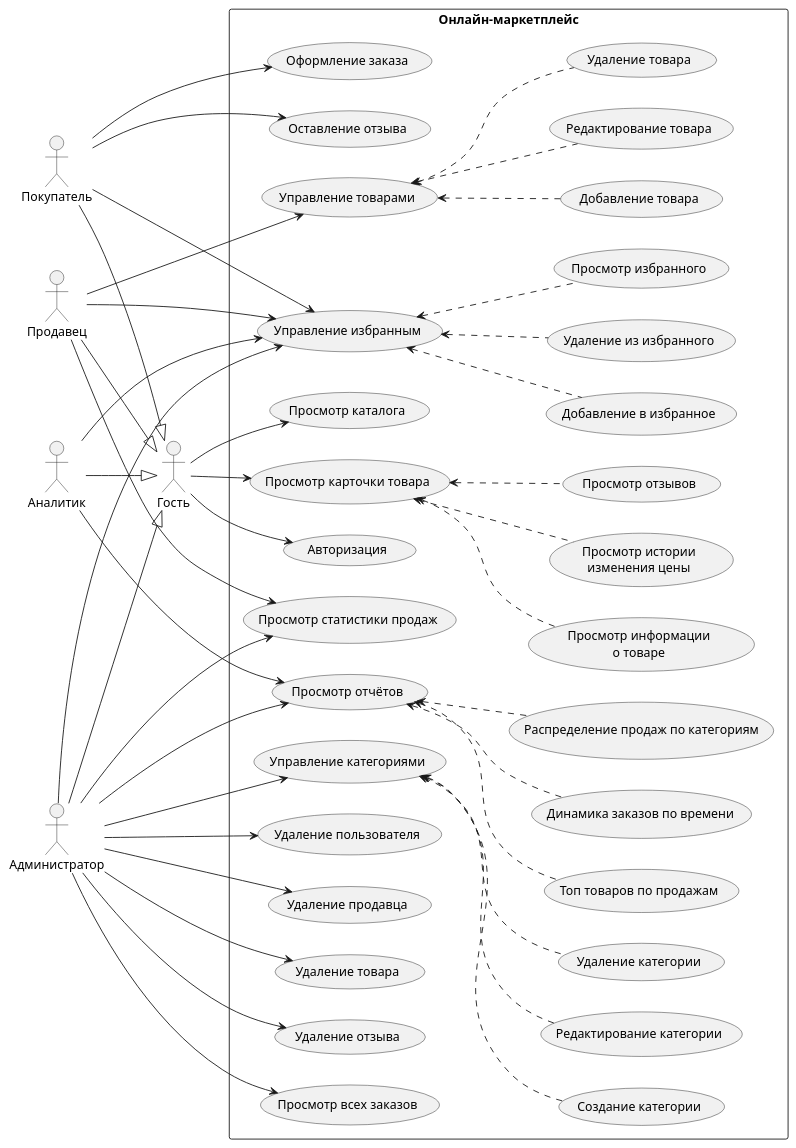
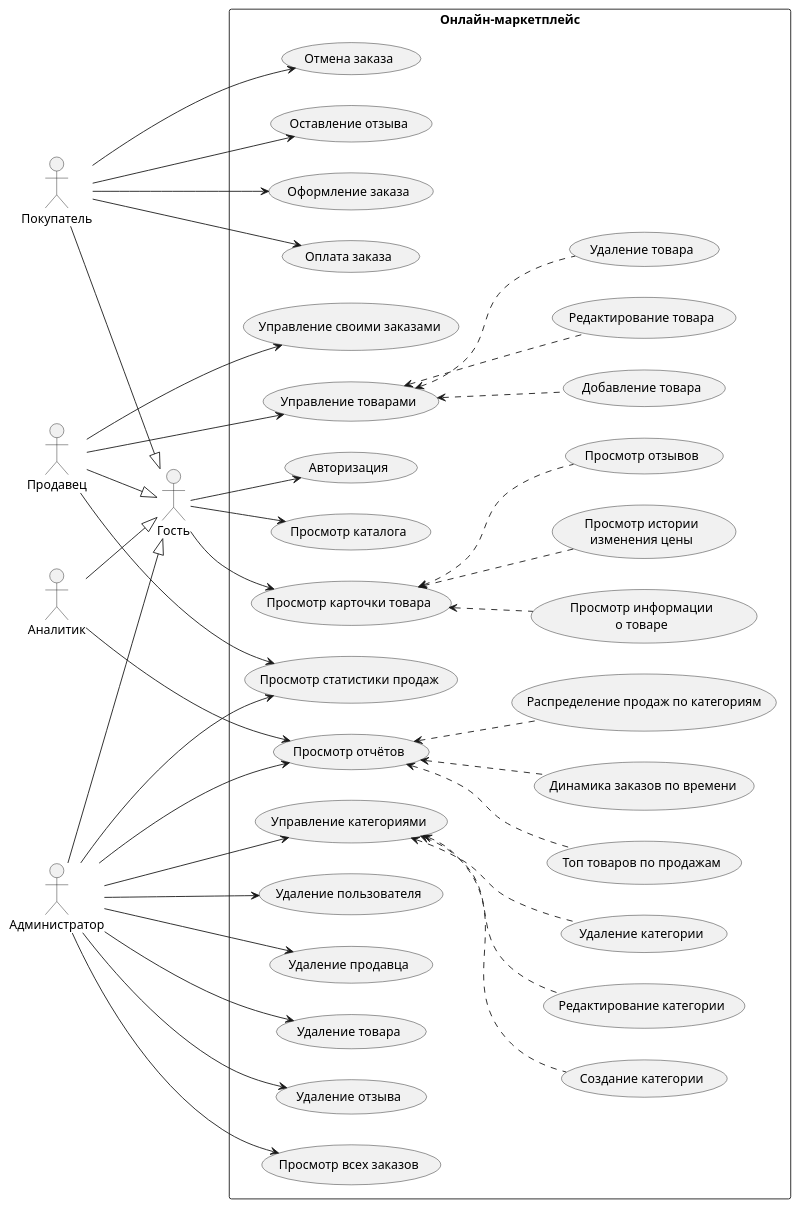
One commit to beastixq/marketplace changed the diagram in diagrams/src/UseCases.puml. Above: the diagram before and after it, drawn with PlantUML. The commit also changed 1 other file, not shown here.

Commit message:
Дополнены Use Case оплаты, отмены и работы продавца с заказами
Добавлены три согласованные пользовательские цели с прямыми связями акторов.
Убрано отсутствующее избранное; технические шаги не выделены в отдельные UC.
Обновлены редактируемый PlantUML и соответствующий PNG.

```diff
--- a/diagrams/src/UseCases.puml
+++ b/diagrams/src/UseCases.puml
@@ -1,105 +1,98 @@
 @startuml UseCases
 left to right direction
 skinparam packageStyle rectangle
 
 actor "Гость" as guest
 actor "Покупатель" as buyer
 actor "Продавец" as seller
 actor "Аналитик" as analyst
 actor "Администратор" as admin
 
 ' --- Наследование ---
 buyer --|> guest
 seller --|> guest
 analyst --|> guest
 admin --|> guest
 
 rectangle "Онлайн-маркетплейс" {
   usecase "Авторизация" as auth
   usecase "Просмотр каталога" as browseCatalog
   usecase "Просмотр карточки товара" as viewProduct
   usecase "Просмотр информации\nо товаре" as viewProductInfo
   usecase "Просмотр истории\nизменения цены" as viewPriceHistory
   usecase "Просмотр отзывов" as viewReviews
   usecase "Оформление заказа" as placeOrder
+  usecase "Оплата заказа" as payOrder
+  usecase "Отмена заказа" as cancelOrder
   usecase "Оставление отзыва" as leaveReview
-  usecase "Управление избранным" as manageFavorites
-  usecase "Добавление в избранное" as addFavorite
-  usecase "Удаление из избранного" as removeFavorite
-  usecase "Просмотр избранного" as viewFavorites
   usecase "Управление товарами" as manageProducts
+  usecase "Управление своими заказами" as manageSellerOrders
   usecase "Добавление товара" as addProduct
   usecase "Редактирование товара" as editProduct
   usecase "Удаление товара" as deleteProduct
   usecase "Просмотр статистики продаж" as viewSellerStats
   usecase "Просмотр отчётов" as viewReports
   usecase "Топ товаров по продажам" as reportTopProducts
   usecase "Динамика заказов по времени" as reportOrdersDynamics
   usecase "Распределение продаж по категориям" as reportByCategory
   usecase "Управление категориями" as manageCategories
   usecase "Создание категории" as addCategory
   usecase "Редактирование категории" as editCategory
   usecase "Удаление категории" as deleteCategory
   usecase "Удаление пользователя" as deleteUser
   usecase "Удаление продавца" as deleteSeller
   usecase "Удаление товара" as adminDeleteProduct
   usecase "Удаление отзыва" as deleteReview
   usecase "Просмотр всех заказов" as viewAllOrders
 }
 
 ' --- Гость ---
 guest --> auth
 guest --> browseCatalog
 guest --> viewProduct
 
 ' --- Покупатель (+ всё от Гостя) ---
 buyer --> placeOrder
+buyer --> payOrder
+buyer --> cancelOrder
 buyer --> leaveReview
-buyer --> manageFavorites
 
 ' --- Продавец (+ всё от Гостя) ---
 seller --> manageProducts
+seller --> manageSellerOrders
 seller --> viewSellerStats
-seller --> manageFavorites
 
 ' --- Аналитик (+ всё от Гостя) ---
 analyst --> viewReports
-analyst --> manageFavorites
 
 ' --- Администратор (наследует от Гостя: авторизация, каталог, карточка товара) ---
 admin --> manageCategories
 admin --> deleteUser
 admin --> deleteSeller
 admin --> adminDeleteProduct
 admin --> deleteReview
 admin --> viewAllOrders
 admin --> viewReports
 admin --> viewSellerStats
-admin --> manageFavorites
 
 ' --- Extend: Управление товарами ---
 manageProducts <.. addProduct
 manageProducts <.. editProduct
 manageProducts <.. deleteProduct
 
 ' --- Extend: Просмотр карточки товара ---
 viewProduct <.. viewProductInfo
 viewProduct <.. viewPriceHistory
 viewProduct <.. viewReviews
 
 ' --- Extend: Управление категориями ---
 manageCategories <.. addCategory
 manageCategories <.. editCategory
 manageCategories <.. deleteCategory
 
 ' --- Extend: Просмотр отчётов ---
 viewReports <.. reportTopProducts
 viewReports <.. reportOrdersDynamics
 viewReports <.. reportByCategory
 
-' --- Extend: Управление избранным ---
-manageFavorites <.. addFavorite
-manageFavorites <.. removeFavorite
-manageFavorites <.. viewFavorites
-
 @enduml
```
